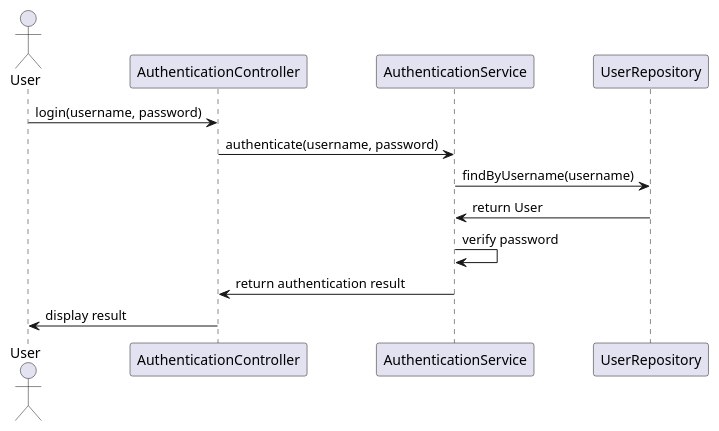
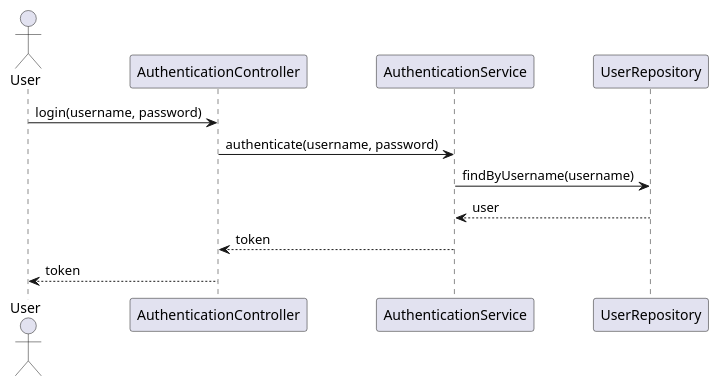
One commit to Dinesh-s95/AutoDoc.ai changed the second of 4 diagrams in enrollment/documentation/detaileddesign.adoc. Above: the diagram before and after it, drawn with PlantUML. The commit also changed other lines of this file and 4 other files, not shown here.

```diff
--- a/enrollment/documentation/detaileddesign.adoc
+++ b/enrollment/documentation/detaileddesign.adoc
@@ -209,17 +199,16 @@
-[plantuml, authentication-flow, png]
+[plantuml, authentication-sequence, png]
 ----
 @startuml
-actor "User" as U
-participant "AuthenticationController" as AC
-participant "AuthenticationService" as AS
-participant "UserRepository" as UR
+actor User as user
+participant "AuthenticationController" as authController
+participant "AuthenticationService" as authService
+participant "UserRepository" as userRepo
 
-U -> AC : login(username, password)
-AC -> AS : authenticate(username, password)
-AS -> UR : findByUsername(username)
-UR -> AS : return User
-AS -> AS : verify password
-AS -> AC : return authentication result
-AC -> U : display result
+user -> authController : login(username, password)
+authController -> authService : authenticate(username, password)
+authService -> userRepo : findByUsername(username)
+userRepo --> authService : user
+authService --> authController : token
+authController --> user : token
 @enduml
 ----
```
